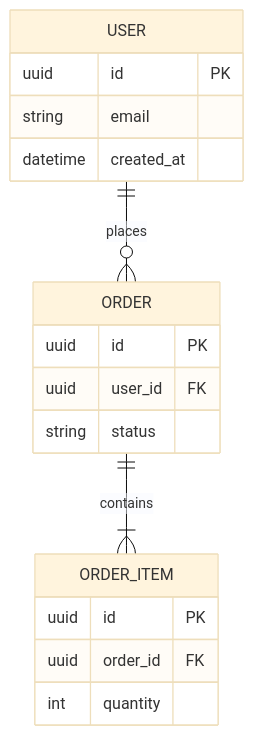
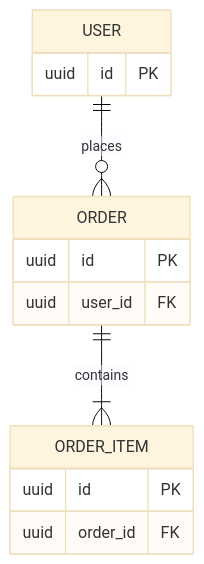
The second of 3 diagrams in TRD/TRD_Template.md (wudiclann/project_docs), drawn with Mermaid (base theme) before and after one commit. The commit also changed other lines of this file and 12 other files, not shown here.

````diff
--- a/TRD/TRD_Template.md
+++ b/TRD/TRD_Template.md
@@ -115,20 +119,16 @@
 ```mermaid
 erDiagram
   USER ||--o{ ORDER : places
   ORDER ||--|{ ORDER_ITEM : contains
   USER {
     uuid id PK
-    string email
-    datetime created_at
   }
   ORDER {
     uuid id PK
     uuid user_id FK
-    string status
   }
   ORDER_ITEM {
     uuid id PK
     uuid order_id FK
-    int quantity
   }
 ```
````
